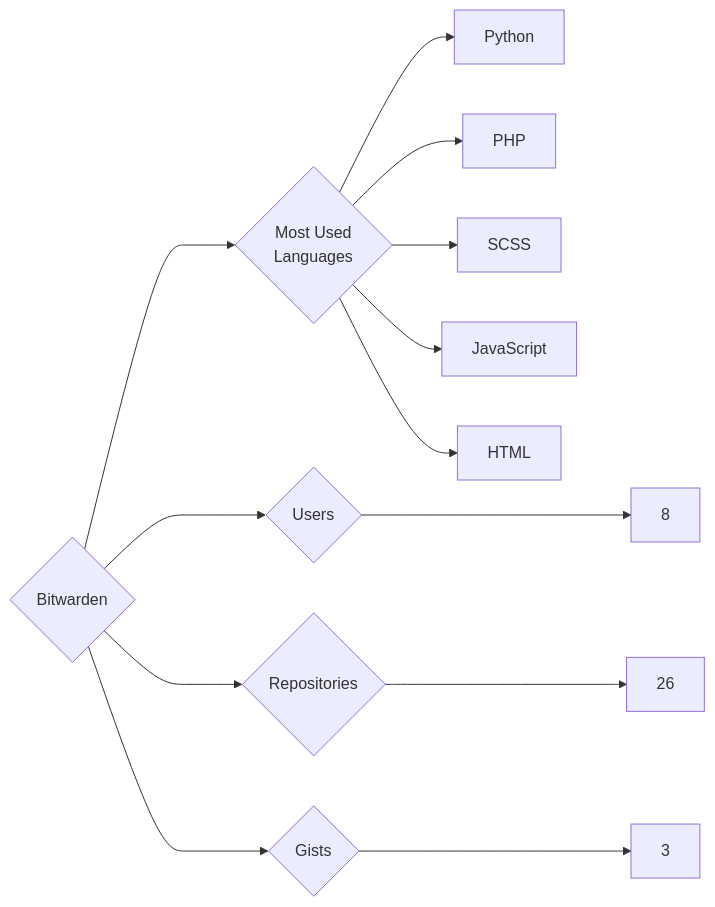
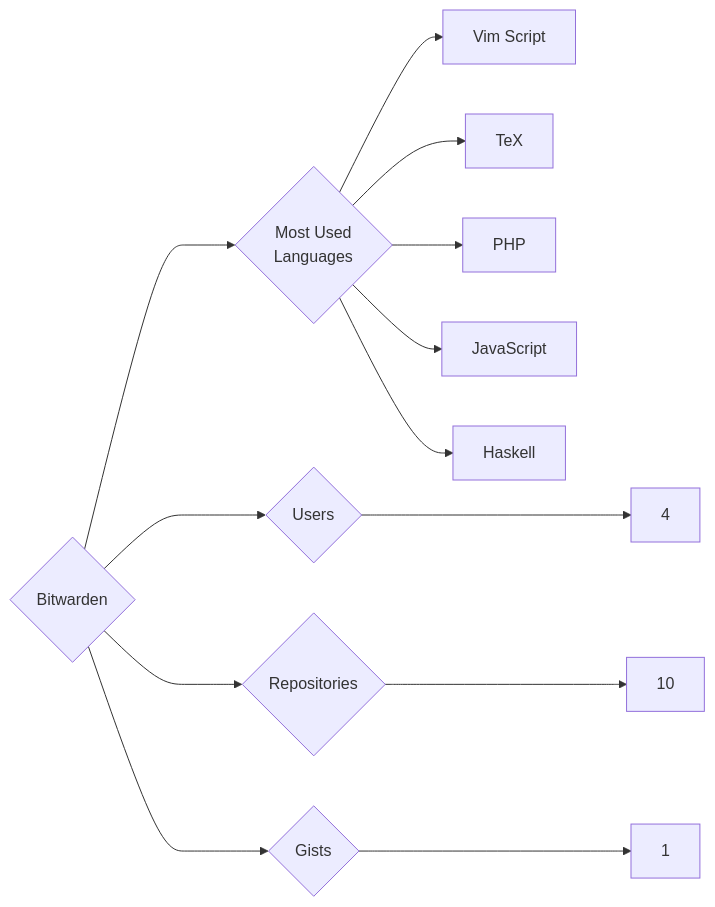
The diagram in targets/Bitwarden/README.md (trickest/insiders), drawn with Mermaid before and after one commit. The commit also changed 776 other files, not shown here.

````diff
--- a/targets/Bitwarden/README.md
+++ b/targets/Bitwarden/README.md
@@ -3,13 +3,13 @@
 ```mermaid
 graph LR
 COMPANY_NAME{Bitwarden}
-COMPANY_NAME ---> U{Users} ---> UN[8]
-COMPANY_NAME ---> R{Repositories} ---> RN[26]
-COMPANY_NAME ---> G{Gists} ---> GN[3]
+COMPANY_NAME ---> U{Users} ---> UN[4]
+COMPANY_NAME ---> R{Repositories} ---> RN[10]
+COMPANY_NAME ---> G{Gists} ---> GN[1]
 COMPANY_NAME ---> ML{Most Used<br>Languages}
-ML --> Python[Python]
+ML --> Vim_Script[Vim Script]
+ML --> TeX[TeX]
 ML --> PHP[PHP]
-ML --> SCSS[SCSS]
 ML --> JavaScript[JavaScript]
-ML --> HTML[HTML]
+ML --> Haskell[Haskell]
 ```
````
